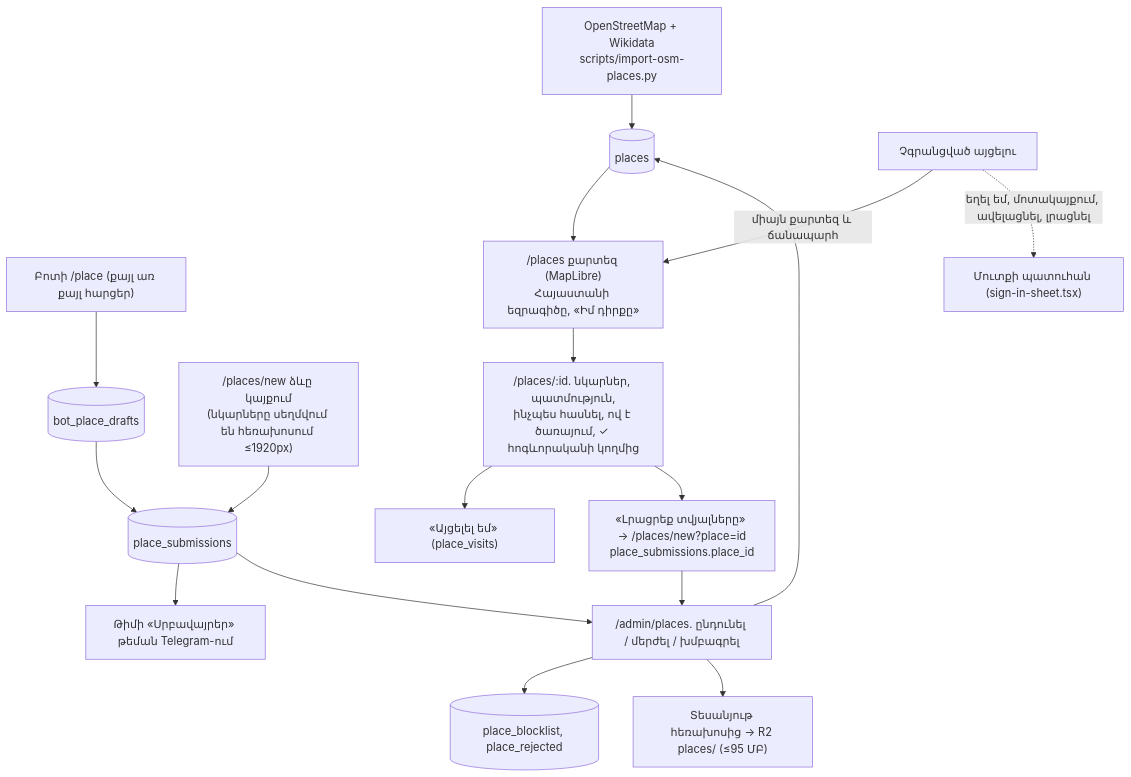
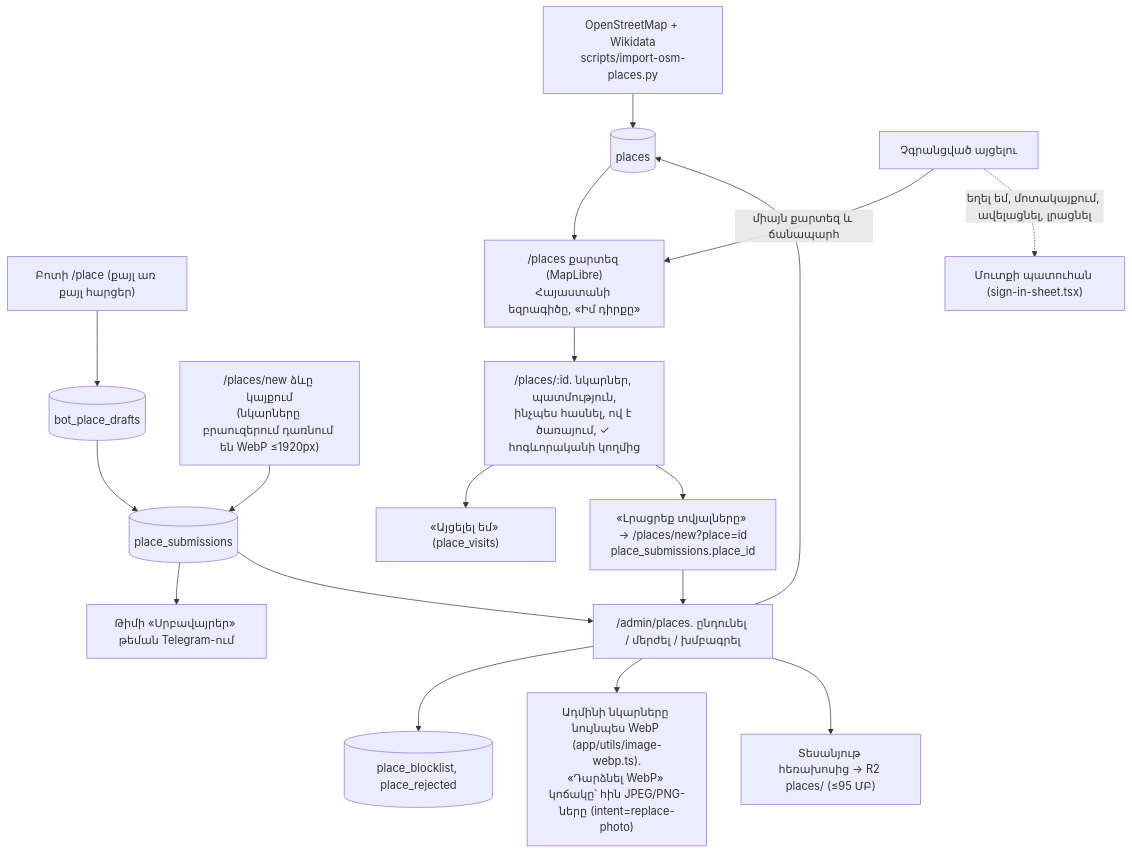
Diagram 11 of 22 in docs/ARCHITECTURE.md (T0n0yan/armenian-apostolic-digital-library), drawn with Mermaid before and after one commit. The commit also changed 7 other files, not shown here.

First line of the commit message:
Սրբավայրի նկարների շարքը այլևս չի թռթռում, նկարները՝ WebP

````diff
--- a/docs/ARCHITECTURE.md
+++ b/docs/ARCHITECTURE.md
@@ -316,18 +316,19 @@
 ```mermaid
 flowchart TD
   OSM["OpenStreetMap + Wikidata<br/>scripts/import-osm-places.py"] --> PL[("places")]
   BOTP["Բոտի /place (քայլ առ քայլ հարցեր)"] --> DR[("bot_place_drafts")] --> SUB[("place_submissions")]
-  WEB["/places/new ձևը կայքում<br/>(նկարները սեղմվում են հեռախոսում ≤1920px)"] --> SUB
+  WEB["/places/new ձևը կայքում<br/>(նկարները բրաուզերում դառնում են WebP ≤1920px)"] --> SUB
   SUB --> TEAM["Թիմի «Սրբավայրեր» թեման Telegram-ում"]
   SUB --> ADM["/admin/places. ընդունել / մերժել / խմբագրել"]
   ADM --> PL
   ADM --> BL[("place_blocklist, place_rejected")]
+  ADM --> WEBP["Ադմինի նկարները նույնպես WebP (app/utils/image-webp.ts).<br/>«Դարձնել WebP» կոճակը՝ հին JPEG/PNG-ները (intent=replace-photo)"]
   ADM --> VID["Տեսանյութ հեռախոսից → R2 places/ (≤95 ՄԲ)"]
   PL --> MAP["/places քարտեզ (MapLibre)<br/>Հայաստանի եզրագիծը, «Իմ դիրքը»"]
   MAP --> ONE["/places/:id. նկարներ, պատմություն,<br/>ինչպես հասնել, ով է ծառայում, ✓ հոգևորականի կողմից"]
   ONE --> VIS["«Այցելել եմ» (place_visits)"]
   ONE --> FILL["«Լրացրեք տվյալները» → /places/new?place=id<br/>place_submissions.place_id"]
   FILL --> ADM
   GUEST["Չգրանցված այցելու"] -->|"միայն քարտեզ և ճանապարհ"| MAP
   GUEST -.->|"եղել եմ, մոտակայքում, ավելացնել, լրացնել"| SIGN["Մուտքի պատուհան (sign-in-sheet.tsx)"]
 ```
````
